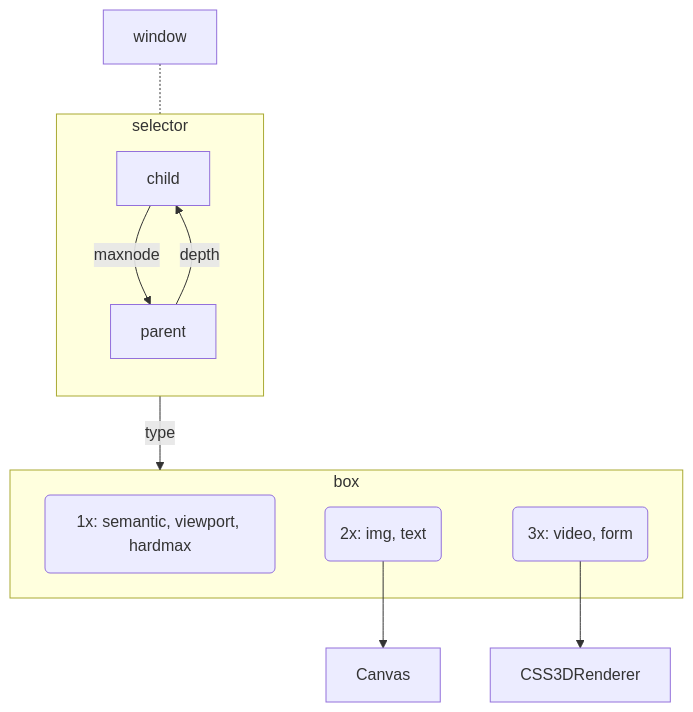
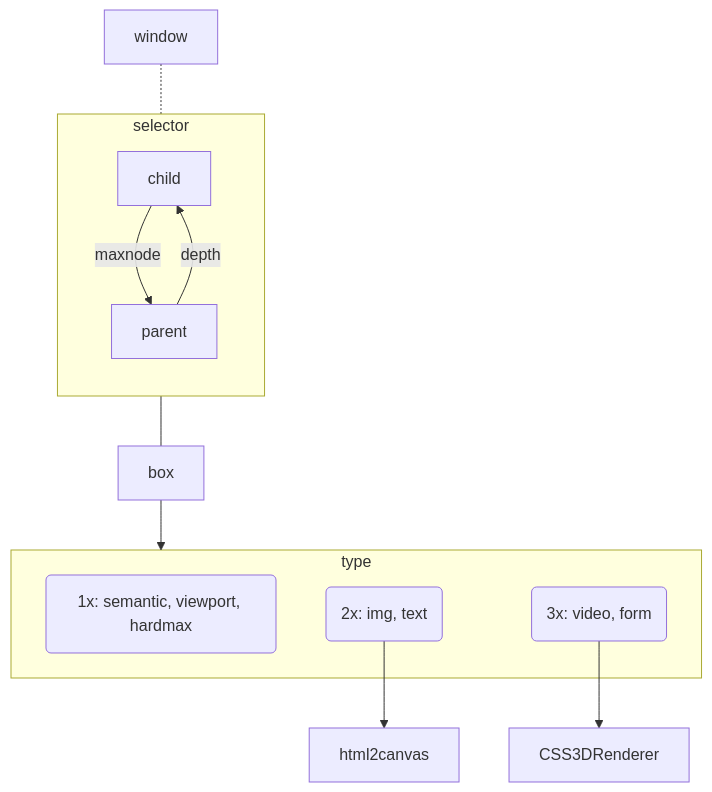
The diagram in README.md (KurtPachinger/mpos-precept), drawn with Mermaid before and after one commit.

````diff
--- a/README.md
+++ b/README.md
@@ -5,36 +5,22 @@
 ```mermaid
-flowchart TB;
+flowchart TB
 
-
-
-
-
-  
-
-
-subgraph box
+subgraph type
   b("1x: semantic, viewport, hardmax")
   canvas("2x: img, text")
   css3d("3x: video, form")
 end
 
-
-
-
-
-window -.- selector
+window-.-selector
 subgraph selector
  direction TB
  child--maxnode-->parent
  parent--depth-->child
 
 
 end
-selector--type-->box
+selector---box-->type
 
-canvas-->Canvas
+canvas-->html2canvas
 css3d-->CSS3DRenderer
-
-
-
 ```
````
